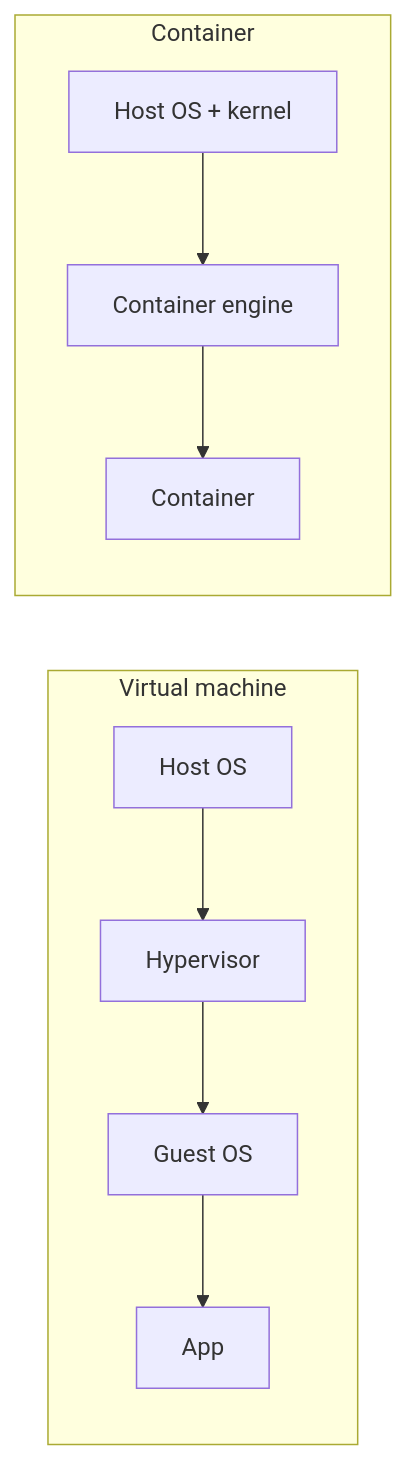
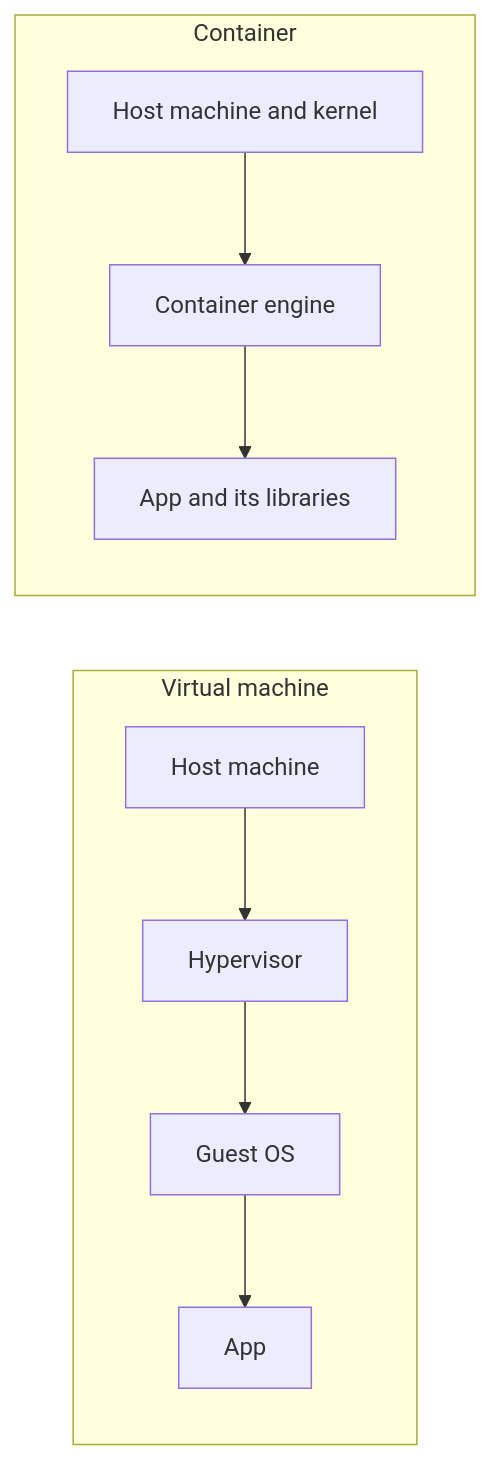
The third of 3 diagrams in src/content/infra-delivery/environment-parity/L2-concept.mdx (francoandreDev/knowledge), drawn with Mermaid before and after one commit. The commit also changed other lines of this file and 3 other files, not shown here.

````diff
--- a/src/content/infra-delivery/environment-parity/L2-concept.mdx
+++ b/src/content/infra-delivery/environment-parity/L2-concept.mdx
@@ -125,11 +156,11 @@
 ```mermaid
 flowchart LR
     subgraph VM["Virtual machine"]
         direction TB
-        HW1["Host OS"] --> HV["Hypervisor"] --> GOS1["Guest OS"] --> App1["App"]
+        H1["Host machine"] --> HV["Hypervisor"] --> G["Guest OS"] --> A1["App"]
     end
     subgraph CT["Container"]
         direction TB
-        HW2["Host OS + kernel"] --> Eng["Container engine"] --> C1["Container"]
+        H2["Host machine and kernel"] --> E["Container engine"] --> A2["App and its libraries"]
     end
 ```
````
